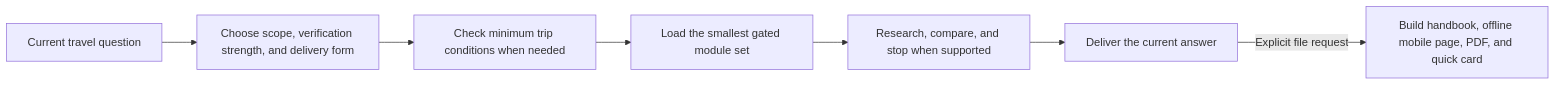
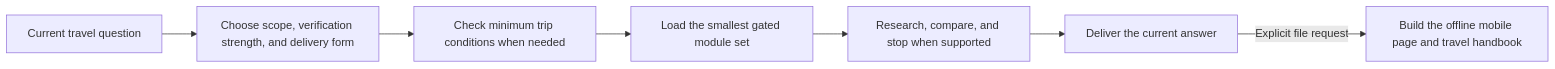
Before and after one commit to Lukala23/ai-travel-planning-kit: the diagram in README.en.md, drawn with Mermaid. The commit also changed other lines of this file and 25 other files, not shown here.

First line of the commit message:
Simplify deliverables to offline page + handbook; merge souvenirs into customs rules (v1.2.2)

````diff
--- a/README.en.md
+++ b/README.en.md
@@ -34,9 +34,9 @@
 ```mermaid
 flowchart LR
     A["Current travel question"] --> B["Choose scope, verification strength, and delivery form"]
     B --> C["Check minimum trip conditions when needed"]
     C --> D["Load the smallest gated module set"]
     D --> E["Research, compare, and stop when supported"]
     E --> F["Deliver the current answer"]
-    F -->|"Explicit file request"| G["Build handbook, offline mobile page, PDF, and quick card"]
+    F -->|"Explicit file request"| G["Build the offline mobile page and travel handbook"]
 ```
````
